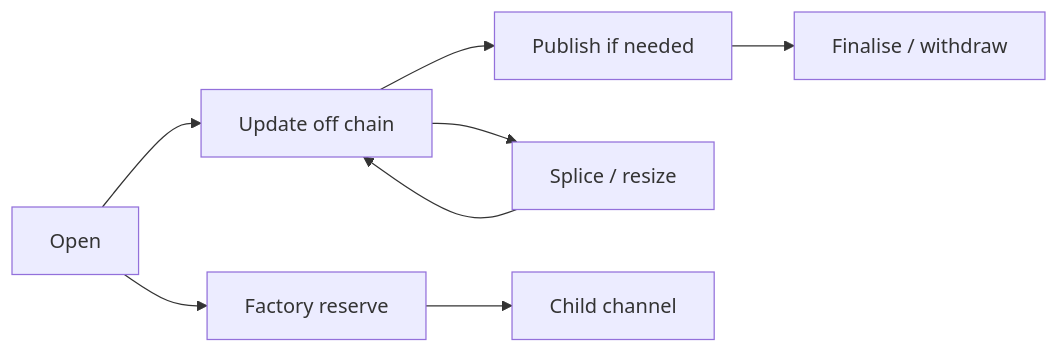
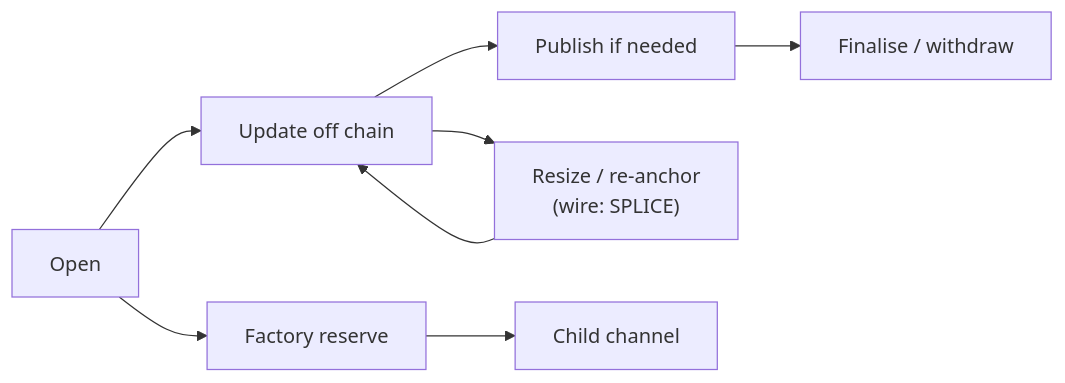
The second of 2 diagrams in README.md (a19q3/Morph), drawn with Mermaid before and after one commit. The commit also changed other lines of this file and 24 other files, not shown here.

````diff
--- a/README.md
+++ b/README.md
@@ -98,10 +98,10 @@
 ```mermaid
 flowchart LR
     A["Open"] --> B["Update off chain"]
     B --> C["Publish if needed"]
     C --> D["Finalise / withdraw"]
-    B --> E["Splice / resize"]
+    B --> E["Resize / re-anchor<br/>(wire: SPLICE)"]
     E --> B
     A --> F["Factory reserve"]
     F --> G["Child channel"]
 ```
````
